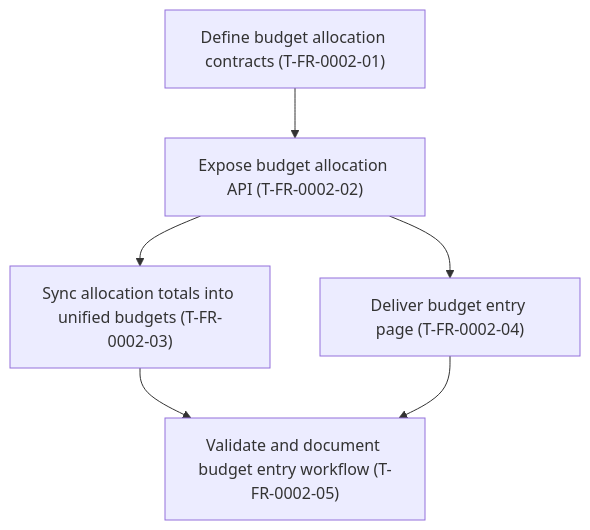
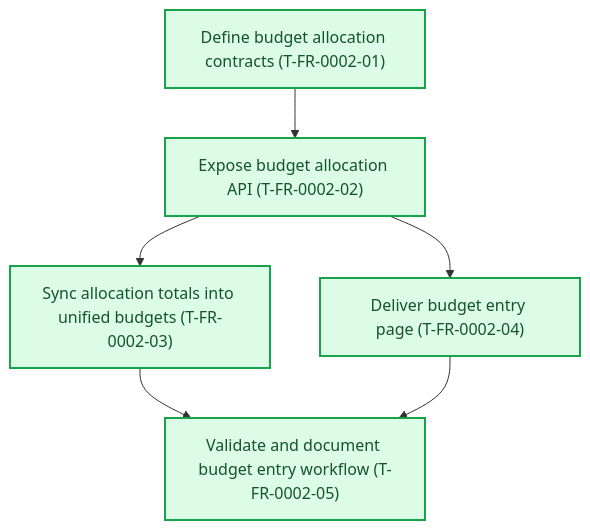
One commit to mcelhennyi/Finance changed the diagram in tasks/feature-history/FR-0002-budget-entry-page/20-tickets-dag.md. Above: the diagram before and after it, drawn with Mermaid. The commit also changed other lines of this file and 64 other files, not shown here.

````diff
--- a/tasks/feature-history/FR-0002-budget-entry-page/20-tickets-dag.md
+++ b/tasks/feature-history/FR-0002-budget-entry-page/20-tickets-dag.md
@@ -17,14 +9,19 @@
 ```mermaid
 flowchart TB
   T01["Define budget allocation contracts (T-FR-0002-01)"]
   T02["Expose budget allocation API (T-FR-0002-02)"]
   T03["Sync allocation totals into unified budgets (T-FR-0002-03)"]
   T04["Deliver budget entry page (T-FR-0002-04)"]
   T05["Validate and document budget entry workflow (T-FR-0002-05)"]
 
   T01 --> T02
   T02 --> T03
   T02 --> T04
   T03 --> T05
   T04 --> T05
+
+  classDef completed fill:#dcfce7,stroke:#16a34a,color:#14532d,stroke-width:2px
+  classDef inDevelopment fill:#fef3c7,stroke:#d97706,color:#78350f,stroke-width:2px
+  classDef outstanding fill:#fee2e2,stroke:#dc2626,color:#7f1d1d,stroke-width:2px
+  class T01,T02,T03,T04,T05 completed
 ```
````
